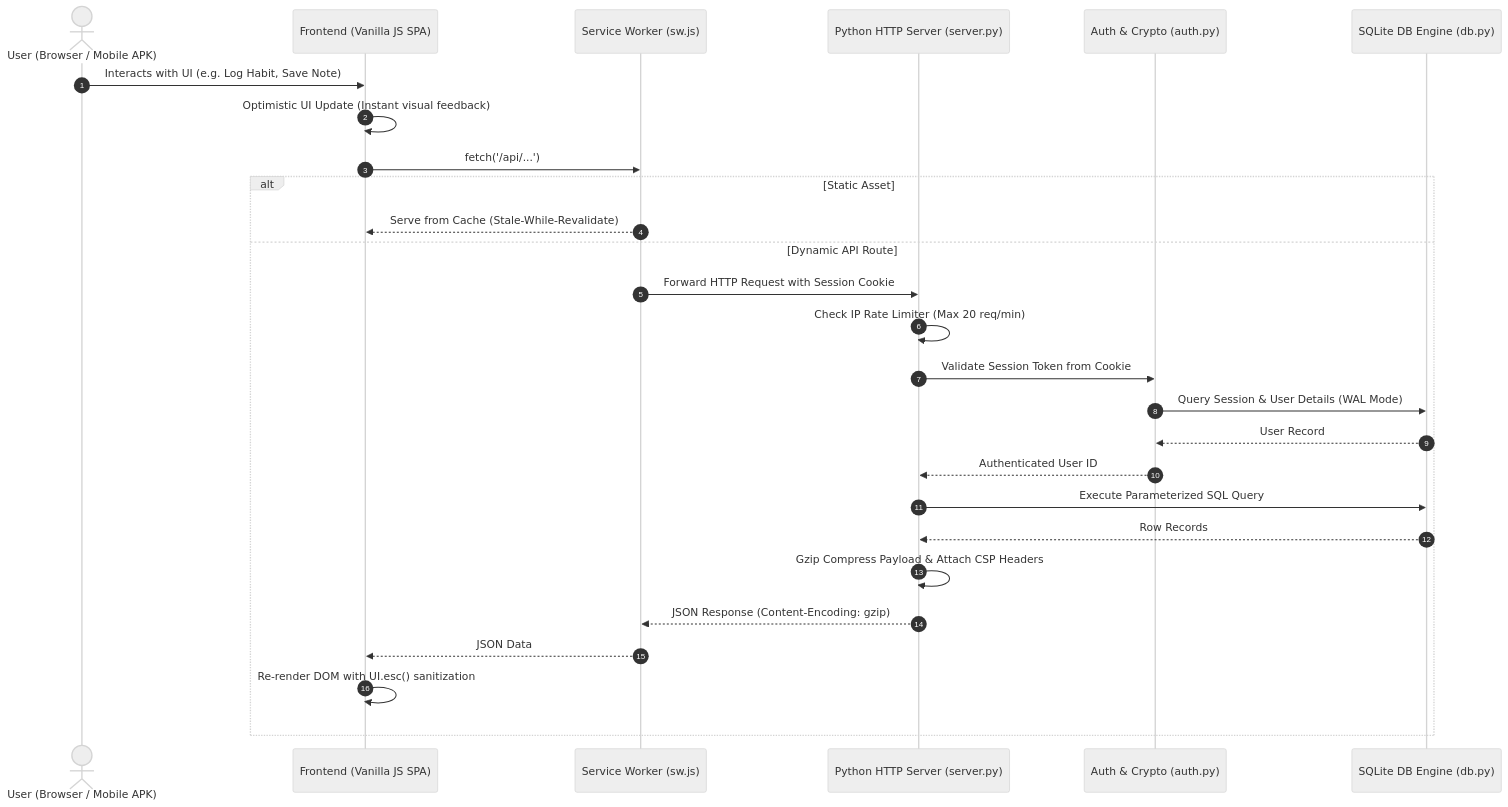
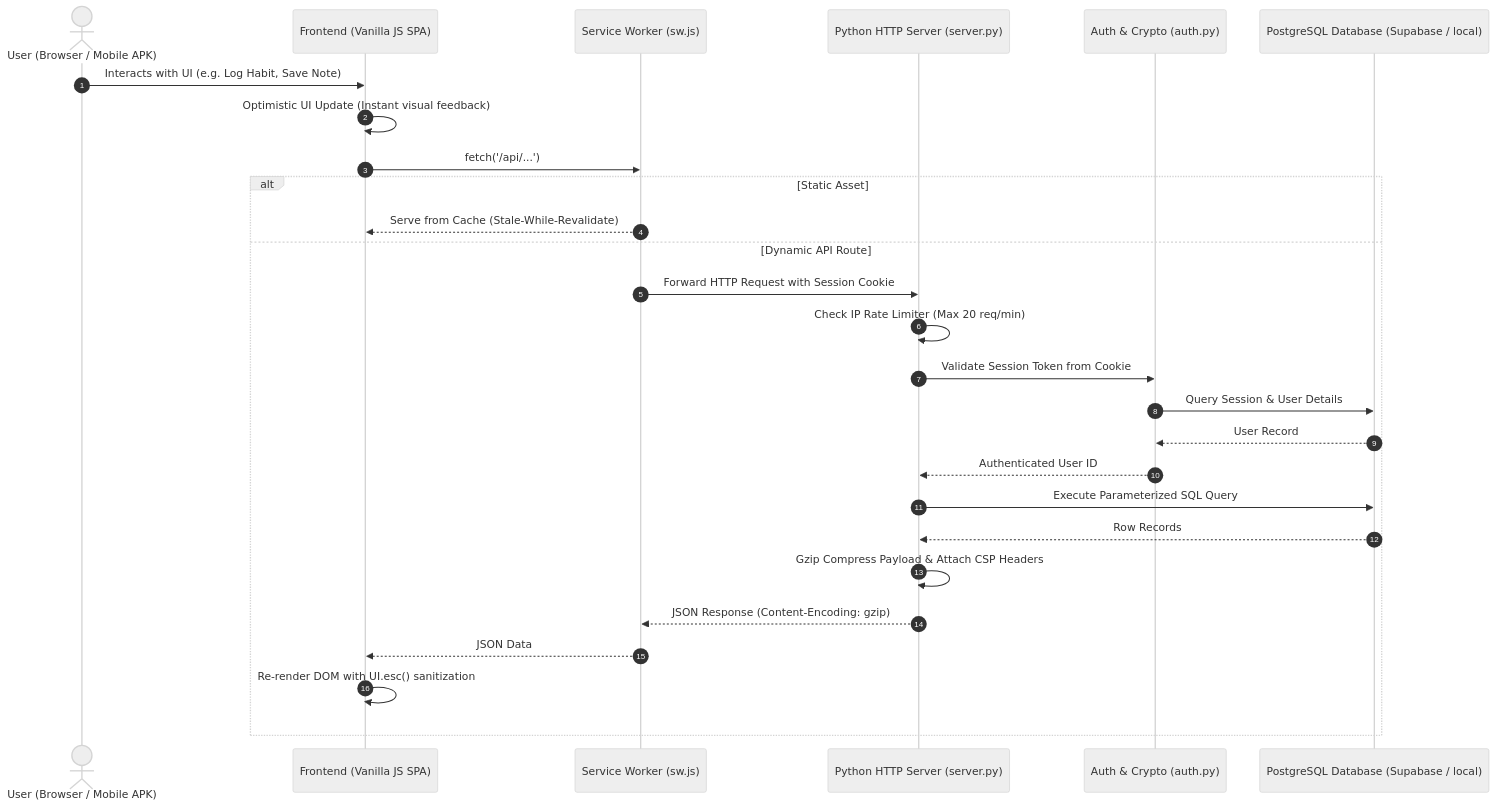
The diagram in docs/LEARNING_GUIDE.md (rizzqimln/pocketsly), drawn with Mermaid (neutral theme) before and after one commit. The commit also changed other lines of this file and 20 other files, not shown here.

````diff
--- a/docs/LEARNING_GUIDE.md
+++ b/docs/LEARNING_GUIDE.md
@@ -99,30 +99,30 @@
 ```mermaid
 sequenceDiagram
     autonumber
     actor User as User (Browser / Mobile APK)
     participant UI as Frontend (Vanilla JS SPA)
     participant SW as Service Worker (sw.js)
     participant Server as Python HTTP Server (server.py)
     participant Auth as Auth & Crypto (auth.py)
-    participant DB as SQLite DB Engine (db.py)
+    participant DB as PostgreSQL Database (Supabase / local)
 
     User->>UI: Interacts with UI (e.g. Log Habit, Save Note)
     UI->>UI: Optimistic UI Update (Instant visual feedback)
     UI->>SW: fetch('/api/...')
     alt Static Asset
         SW-->>UI: Serve from Cache (Stale-While-Revalidate)
     else Dynamic API Route
         SW->>Server: Forward HTTP Request with Session Cookie
         Server->>Server: Check IP Rate Limiter (Max 20 req/min)
         Server->>Auth: Validate Session Token from Cookie
-        Auth->>DB: Query Session & User Details (WAL Mode)
+        Auth->>DB: Query Session & User Details
         DB-->>Auth: User Record
         Auth-->>Server: Authenticated User ID
         Server->>DB: Execute Parameterized SQL Query
         DB-->>Server: Row Records
         Server->>Server: Gzip Compress Payload & Attach CSP Headers
         Server-->>SW: JSON Response (Content-Encoding: gzip)
         SW-->>UI: JSON Data
         UI->>UI: Re-render DOM with UI.esc() sanitization
     end
 ```
````
